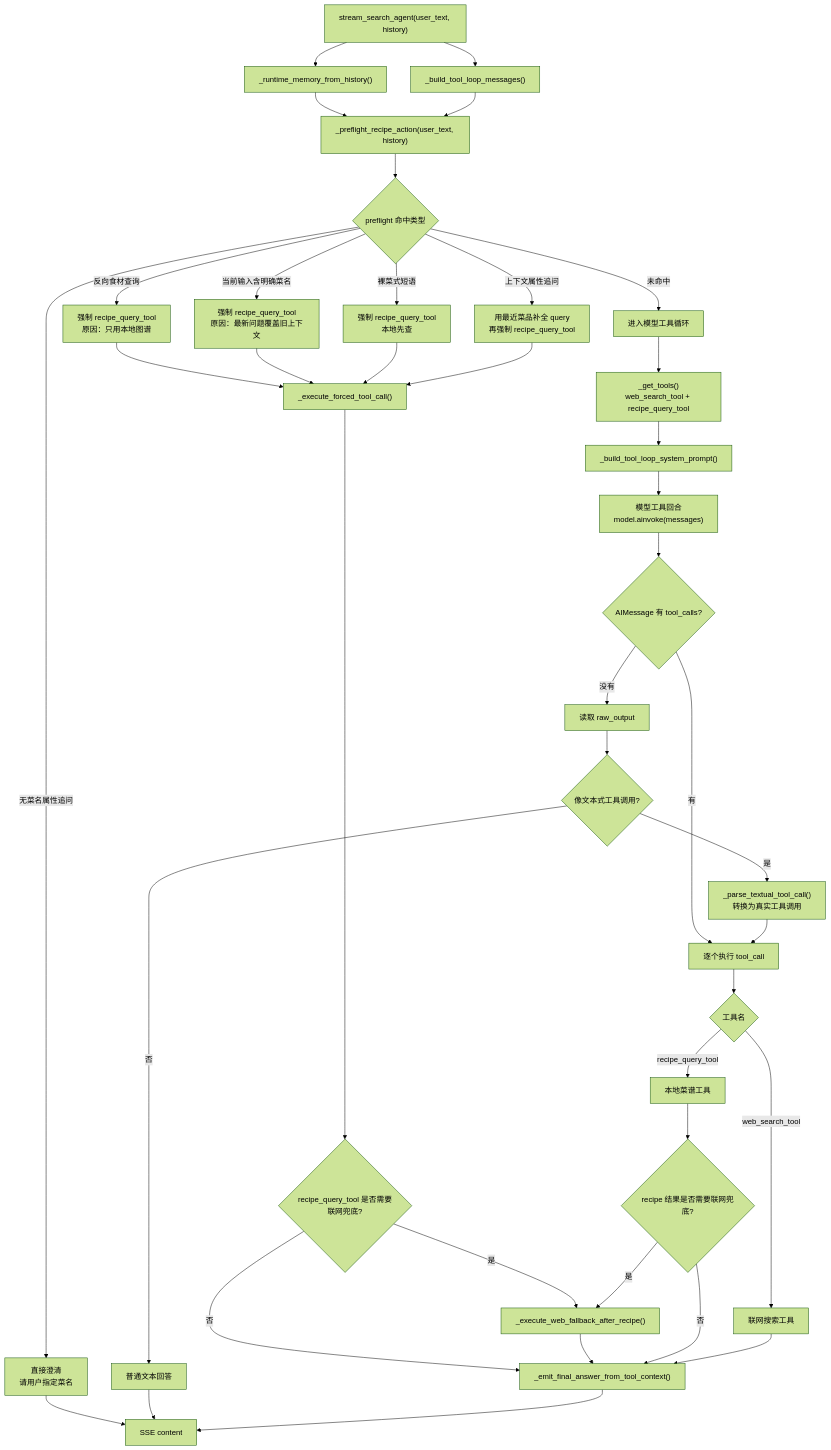
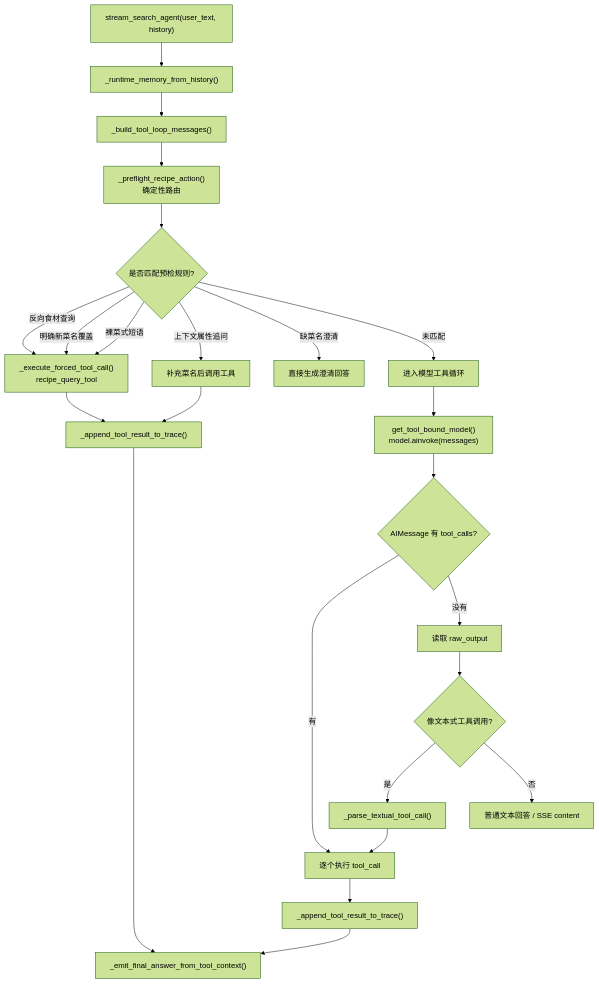
One commit to QDcvd/CookGraph changed the third of 7 diagrams in doc/USER_MESSAGE_CALL_CHAIN.md. Above: the diagram before and after it, drawn with Mermaid (forest theme). The commit also changed other lines of this file and 21 other files, not shown here.

````diff
--- a/doc/USER_MESSAGE_CALL_CHAIN.md
+++ b/doc/USER_MESSAGE_CALL_CHAIN.md
@@ -140,45 +167,29 @@
 ```mermaid
 flowchart TD
-    A["stream_search_agent(user_text, history)"] --> B["_runtime_memory_from_history()"]
-    A --> C["_build_tool_loop_messages()"]
-    B --> D["_preflight_recipe_action(user_text, history)"]
-    C --> D
+    A["stream_search_agent(user_text, history)"] --> A1["_runtime_memory_from_history()"]
+    A1 --> A2["_build_tool_loop_messages()"]
+    A2 --> B["_preflight_recipe_action()<br/>确定性路由"]
 
-    D --> E{"preflight 命中类型"}
-    E -->|反向食材查询| F["强制 recipe_query_tool<br/>原因：只用本地图谱"]
-    E -->|当前输入含明确菜名| G["强制 recipe_query_tool<br/>原因：最新问题覆盖旧上下文"]
-    E -->|裸菜式短语| H["强制 recipe_query_tool<br/>本地先查"]
-    E -->|上下文属性追问| I["用最近菜品补全 query<br/>再强制 recipe_query_tool"]
-    E -->|无菜名属性追问| J["直接澄清<br/>请用户指定菜名"]
-    E -->|未命中| K["进入模型工具循环"]
+    B --> B1{"是否匹配预检规则?"}
+    B1 -->|反向食材查询| B2["_execute_forced_tool_call()<br/>recipe_query_tool"]
+    B1 -->|明确新菜名覆盖| B2
+    B1 -->|裸菜式短语| B2
+    B1 -->|上下文属性追问| B3["补充菜名后调用工具"]
+    B1 -->|缺菜名澄清| B4["直接生成澄清回答"]
+    B1 -->|未匹配| C["进入模型工具循环"]
 
-    F --> L["_execute_forced_tool_call()"]
-    G --> L
-    H --> L
-    I --> L
-    L --> M{"recipe_query_tool 是否需要联网兜底?"}
-    M -->|是| N["_execute_web_fallback_after_recipe()"]
-    M -->|否| O["_emit_final_answer_from_tool_context()"]
-    N --> O
-    J --> P["SSE content"]
+    B2 --> D["_append_tool_result_to_trace()"]
+    B3 --> D
+    D --> E["_emit_final_answer_from_tool_context()"]
 
-    K --> Q["_get_tools()<br/>web_search_tool + recipe_query_tool"]
-    Q --> R["_build_tool_loop_system_prompt()"]
-    R --> S["模型工具回合<br/>model.ainvoke(messages)"]
-    S --> T{"AIMessage 有 tool_calls?"}
-    T -->|有| U["逐个执行 tool_call"]
-    T -->|没有| V["读取 raw_output"]
-    V --> W{"像文本式工具调用?"}
-    W -->|是| X["_parse_textual_tool_call()<br/>转换为真实工具调用"]
-    W -->|否| Y["普通文本回答"]
-    X --> U
-    U --> Z{"工具名"}
-    Z -->|recipe_query_tool| AA["本地菜谱工具"]
-    Z -->|web_search_tool| AB["联网搜索工具"]
-    AA --> AC{"recipe 结果是否需要联网兜底?"}
-    AC -->|是| N
-    AC -->|否| O
-    AB --> O
-    Y --> P
-    O --> P
+    C --> F["get_tool_bound_model()<br/>model.ainvoke(messages)"]
+    F --> G{"AIMessage 有 tool_calls?"}
+    G -->|有| H["逐个执行 tool_call"]
+    G -->|没有| I["读取 raw_output"]
+    I --> J{"像文本式工具调用?"}
+    J -->|是| K["_parse_textual_tool_call()"]
+    J -->|否| L["普通文本回答 / SSE content"]
+    K --> H
+    H --> M["_append_tool_result_to_trace()"]
+    M --> E
 ```
````
